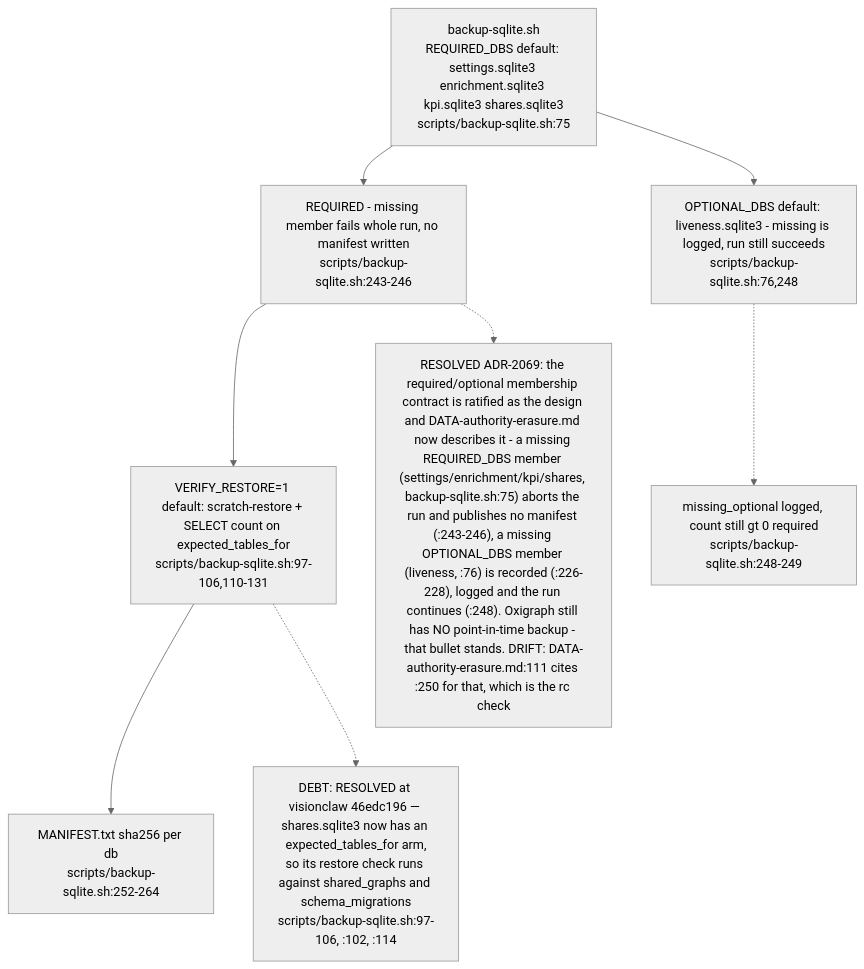
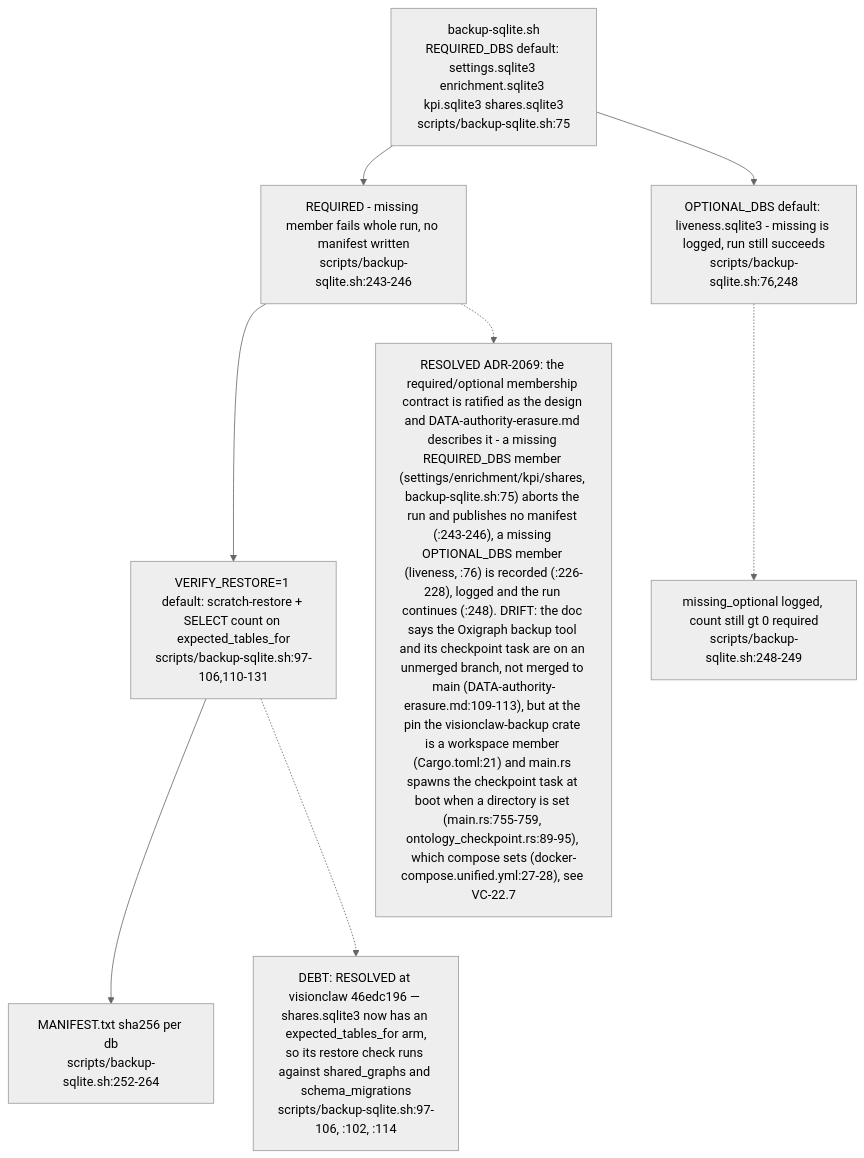
Diagram 11 of 14 in docs/diagrams/visionclaw/22-data-authority-provenance-erasure.md (DreamLab-AI/VisionFlow), drawn with Mermaid (neutral theme) before and after one commit. The commit also changed other lines of this file and 7 other files, not shown here.

````diff
--- a/docs/diagrams/visionclaw/22-data-authority-provenance-erasure.md
+++ b/docs/diagrams/visionclaw/22-data-authority-provenance-erasure.md
@@ -483,12 +486,12 @@
 ```mermaid
 flowchart TD
     Script["backup-sqlite.sh<br/>REQUIRED_DBS default: settings.sqlite3 enrichment.sqlite3 kpi.sqlite3 shares.sqlite3<br/>scripts/backup-sqlite.sh:75"] --> Req["REQUIRED - missing member fails whole run, no manifest written<br/>scripts/backup-sqlite.sh:243-246"]
     Script --> Opt["OPTIONAL_DBS default: liveness.sqlite3 - missing is logged, run still succeeds<br/>scripts/backup-sqlite.sh:76,248"]
     Req --> Verify["VERIFY_RESTORE=1 default: scratch-restore + SELECT count on expected_tables_for<br/>scripts/backup-sqlite.sh:97-106,110-131"]
     Verify --> Manifest["MANIFEST.txt sha256 per db<br/>scripts/backup-sqlite.sh:252-264"]
     Opt -.-> Missing["missing_optional logged, count still gt 0 required<br/>scripts/backup-sqlite.sh:248-249"]
 
-    DriftNote["RESOLVED ADR-2069: the required/optional membership contract is ratified as the design and DATA-authority-erasure.md now describes it - a missing REQUIRED_DBS member (settings/enrichment/kpi/shares, backup-sqlite.sh:75) aborts the run and publishes no manifest (:243-246), a missing OPTIONAL_DBS member (liveness, :76) is recorded (:226-228), logged and the run continues (:248). Oxigraph still has NO point-in-time backup - that bullet stands. DRIFT: DATA-authority-erasure.md:111 cites :250 for that, which is the rc check"]
+    DriftNote["RESOLVED ADR-2069: the required/optional membership contract is ratified as the design and DATA-authority-erasure.md describes it - a missing REQUIRED_DBS member (settings/enrichment/kpi/shares, backup-sqlite.sh:75) aborts the run and publishes no manifest (:243-246), a missing OPTIONAL_DBS member (liveness, :76) is recorded (:226-228), logged and the run continues (:248). DRIFT: the doc says the Oxigraph backup tool and its checkpoint task are on an unmerged branch, not merged to main (DATA-authority-erasure.md:109-113), but at the pin the visionclaw-backup crate is a workspace member (Cargo.toml:21) and main.rs spawns the checkpoint task at boot when a directory is set (main.rs:755-759, ontology_checkpoint.rs:89-95), which compose sets (docker-compose.unified.yml:27-28), see VC-22.7"]
     Req -.-> DriftNote
     Verify -.-> NoSchema["DEBT: RESOLVED at visionclaw 46edc196 — shares.sqlite3 now has an expected_tables_for arm,<br/>so its restore check runs against shared_graphs and schema_migrations<br/>scripts/backup-sqlite.sh:97-106, :102, :114"]
 ```
````
